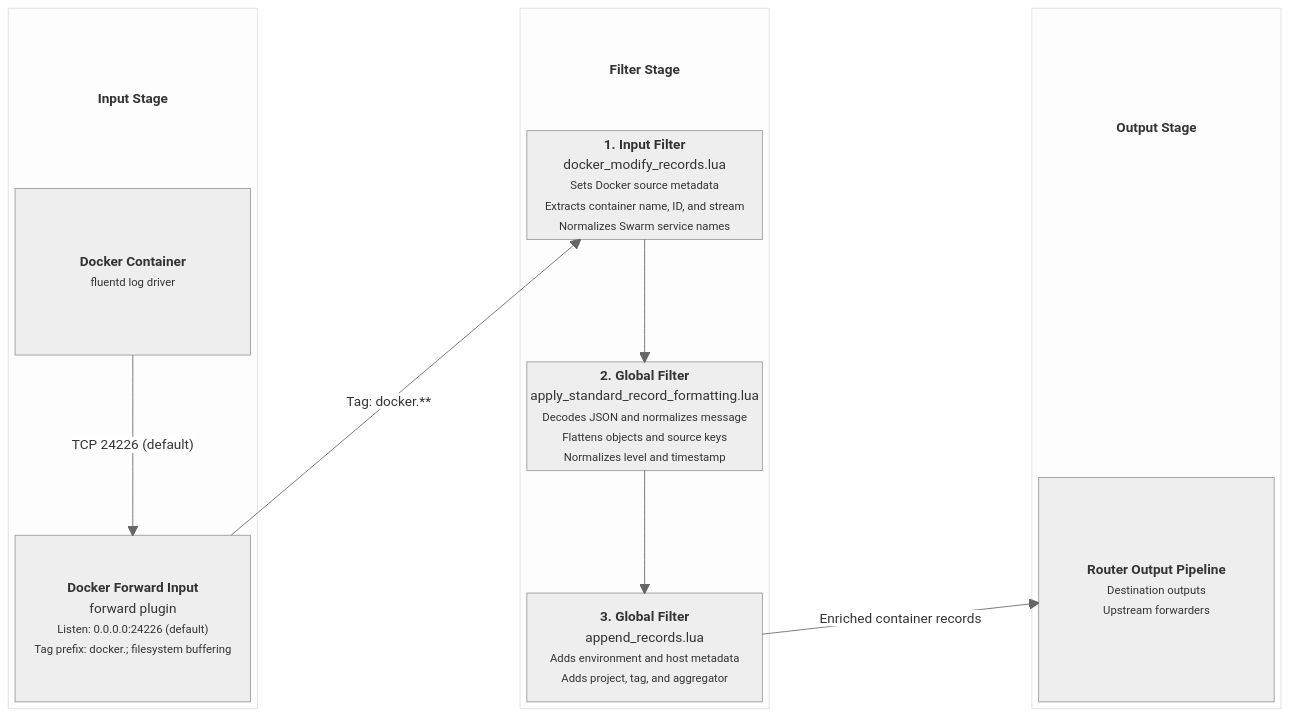
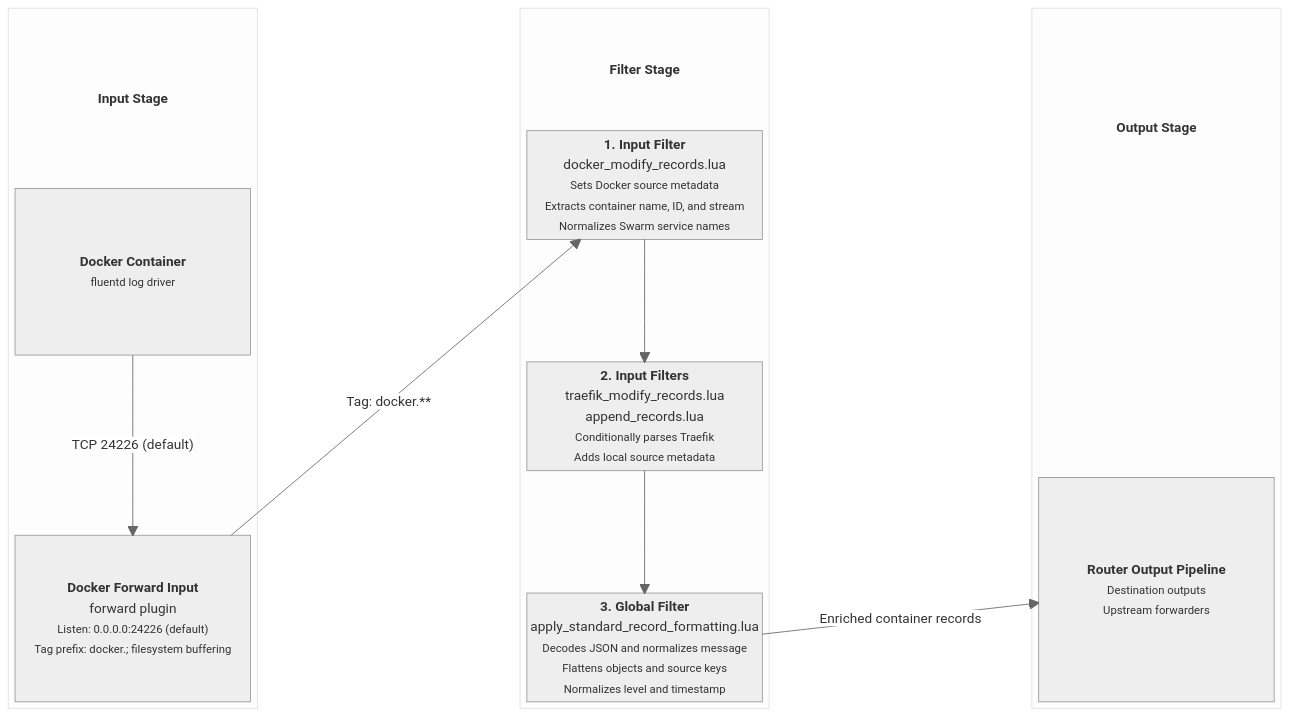
The diagram in docs/input-docker.md (Josh5/fluent-bit-router), drawn with Mermaid (neutral theme) before and after one commit. The commit also changed other lines of this file and 5 other files, not shown here.

````diff
--- a/docs/input-docker.md
+++ b/docs/input-docker.md
@@ -52,43 +51,43 @@
 ```mermaid
 block-beta
     columns 5
 
     block:InputStage
         columns 1
         InputTitle["<b>Input Stage</b>"]
         A["<b>Docker Container</b><br/><small>fluentd log driver</small>"]
         space
         B["<b>Docker Forward Input</b><br/>forward plugin<br/><small>Listen: 0.0.0.0:24226 (default)<br/>Tag prefix: docker.; filesystem buffering</small>"]
     end
 
     space
 
     block:FilterStage
         columns 1
         FilterTitle["<b>Filter Stage</b>"]
         C["<b>1. Input Filter</b><br/>docker_modify_records.lua<br/><small>Sets Docker source metadata<br/>Extracts container name, ID, and stream<br/>Normalizes Swarm service names</small>"]
         space
-        D["<b>2. Global Filter</b><br/>apply_standard_record_formatting.lua<br/><small>Decodes JSON and normalizes message<br/>Flattens objects and source keys<br/>Normalizes level and timestamp</small>"]
+        D["<b>2. Input Filters</b><br/>traefik_modify_records.lua<br/>append_records.lua<br/><small>Conditionally parses Traefik<br/>Adds local source metadata</small>"]
         space
-        E["<b>3. Global Filter</b><br/>append_records.lua<br/><small>Adds environment and host metadata<br/>Adds project, tag, and aggregator</small>"]
+        E["<b>3. Global Filter</b><br/>apply_standard_record_formatting.lua<br/><small>Decodes JSON and normalizes message<br/>Flattens objects and source keys<br/>Normalizes level and timestamp</small>"]
     end
 
     space
 
     block:OutputStage
         columns 1
         OutputTitle["<b>Output Stage</b>"]
         space
         F["<b>Router Output Pipeline</b><br/><small>Destination outputs<br/>Upstream forwarders</small>"]
     end
 
     A -- "TCP 24226 (default)" --> B
     B -- "Tag: docker.**" --> C
     C --> D
     D --> E
     E -- "Enriched container records" --> F
 
     style InputTitle fill:none,stroke:none
     style FilterTitle fill:none,stroke:none
     style OutputTitle fill:none,stroke:none
 ```
````
